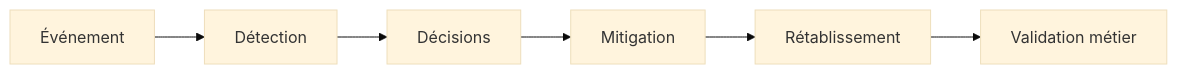
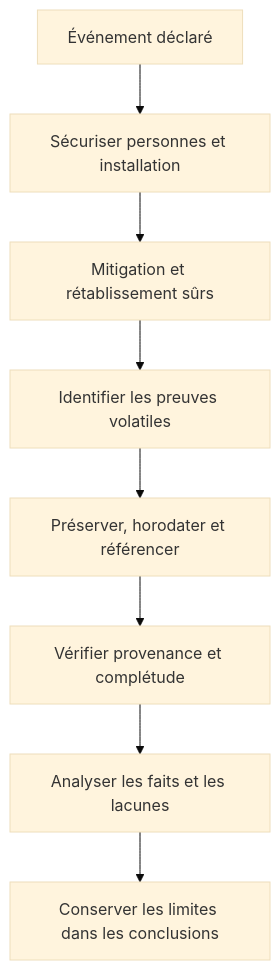
One commit to biggyseven/Skill-Tree changed the first of 7 diagrams in content/lessons/maint-retour-experience-expert.md. Above: the diagram before and after it, drawn with Mermaid (base theme). The commit also changed other lines of this file, not shown here.

````diff
--- a/content/lessons/maint-retour-experience-expert.md
+++ b/content/lessons/maint-retour-experience-expert.md
@@ -50,8 +166,10 @@
-~~~mermaid
-flowchart LR
-  A[Événement] --> B[Détection]
-  B --> C[Décisions]
-  C --> D[Mitigation]
-  D --> E[Rétablissement]
-  E --> F[Validation métier]
-~~~
+```mermaid
+flowchart TD
+    A["Événement déclaré"] --> B["Sécuriser personnes et installation"]
+    B --> C["Mitigation et rétablissement sûrs"]
+    C --> D["Identifier les preuves volatiles"]
+    D --> E["Préserver, horodater et référencer"]
+    E --> F["Vérifier provenance et complétude"]
+    F --> G["Analyser les faits et les lacunes"]
+    G --> H["Conserver les limites dans les conclusions"]
+```
````
